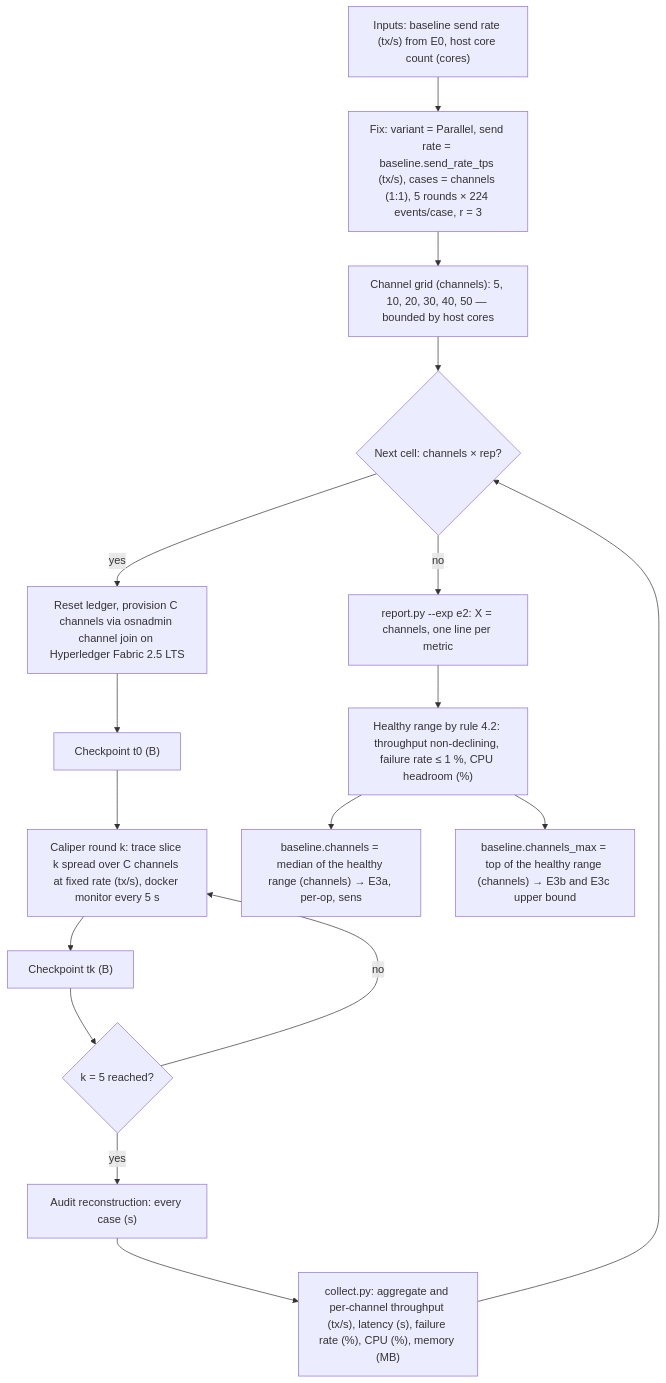
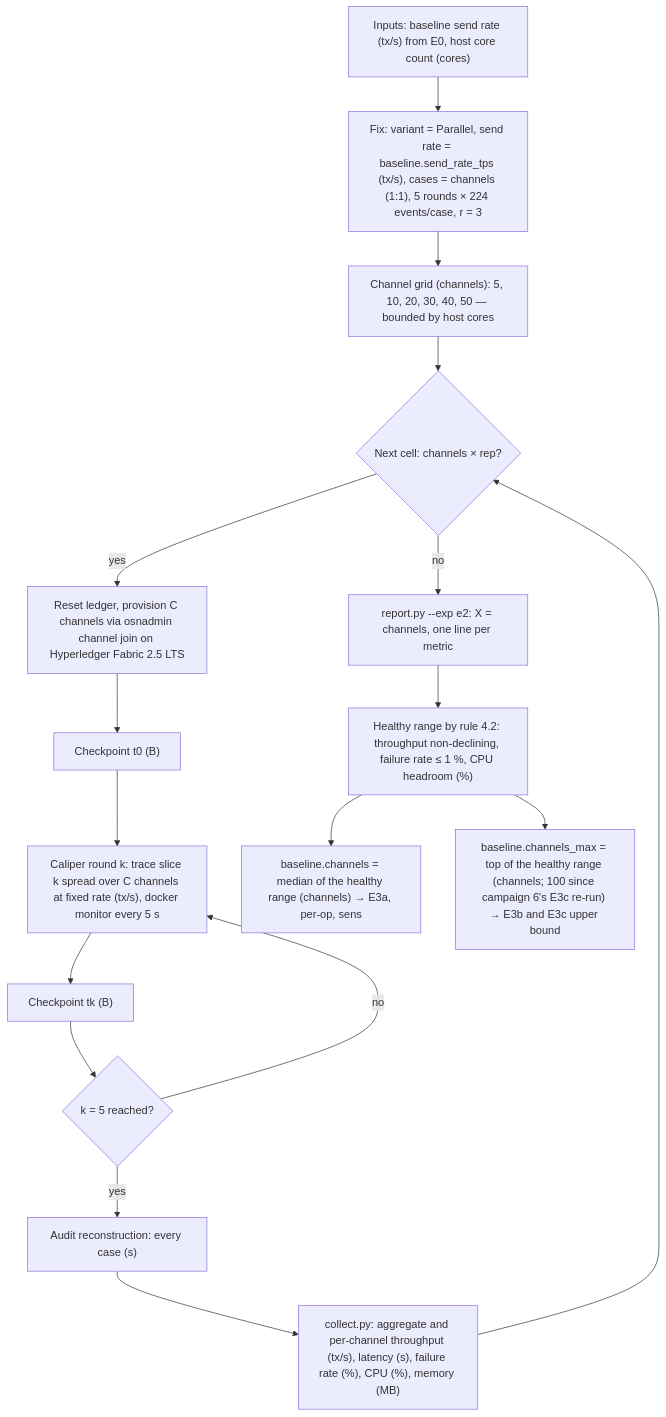
One commit to theflorist18/GLEIPNIR changed the second of 3 diagrams in docs/methodology/experiments.md. Above: the diagram before and after it, drawn with Mermaid. The commit also changed other lines of this file and 15 other files, not shown here.

````diff
--- a/docs/methodology/experiments.md
+++ b/docs/methodology/experiments.md
@@ -401,19 +412,19 @@
 ```mermaid
 flowchart TD
     A["Inputs: baseline send rate (tx/s) from E0, host core count (cores)"] --> B["Fix: variant = Parallel, send rate = baseline.send_rate_tps (tx/s), cases = channels (1:1), 5 rounds × 224 events/case, r = 3"]
     B --> C["Channel grid (channels): 5, 10, 20, 30, 40, 50 — bounded by host cores"]
     C --> D{"Next cell: channels × rep?"}
     D -->|"yes"| E["Reset ledger, provision C channels via osnadmin channel join on Hyperledger Fabric 2.5 LTS"]
     E --> F["Checkpoint t0 (B)"]
     F --> G["Caliper round k: trace slice k spread over C channels at fixed rate (tx/s), docker monitor every 5 s"]
     G --> H["Checkpoint tk (B)"]
     H --> I{"k = 5 reached?"}
     I -->|"no"| G
     I -->|"yes"| J["Audit reconstruction: every case (s)"]
     J --> K["collect.py: aggregate and per-channel throughput (tx/s), latency (s), failure rate (%), CPU (%), memory (MB)"]
     K --> D
     D -->|"no"| L["report.py --exp e2: X = channels, one line per metric"]
     L --> M["Healthy range by rule 4.2: throughput non-declining, failure rate ≤ 1 %, CPU headroom (%)"]
     M --> N["baseline.channels = median of the healthy range (channels) → E3a, per-op, sens"]
-    M --> O["baseline.channels_max = top of the healthy range (channels) → E3b and E3c upper bound"]
+    M --> O["baseline.channels_max = top of the healthy range (channels; 100 since campaign 6's E3c re-run) → E3b and E3c upper bound"]
 ```
````
